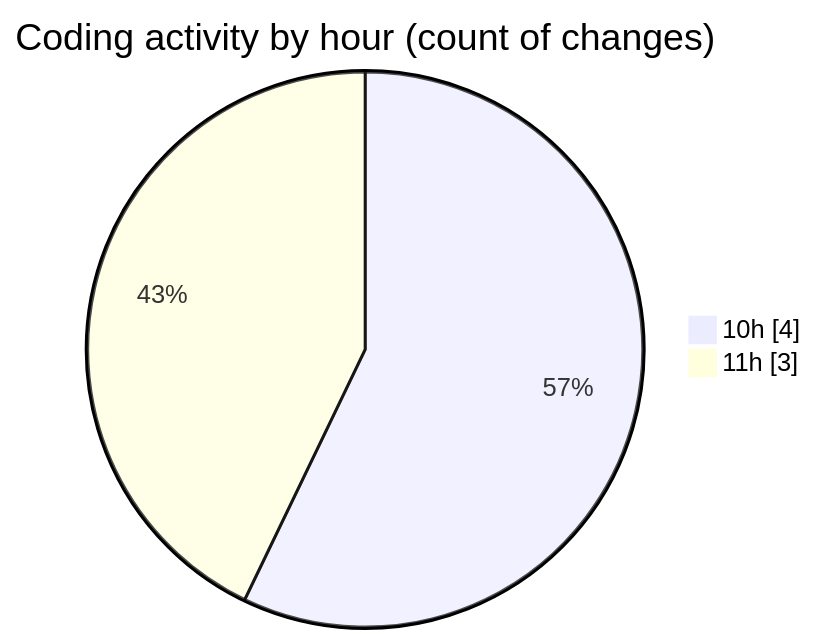
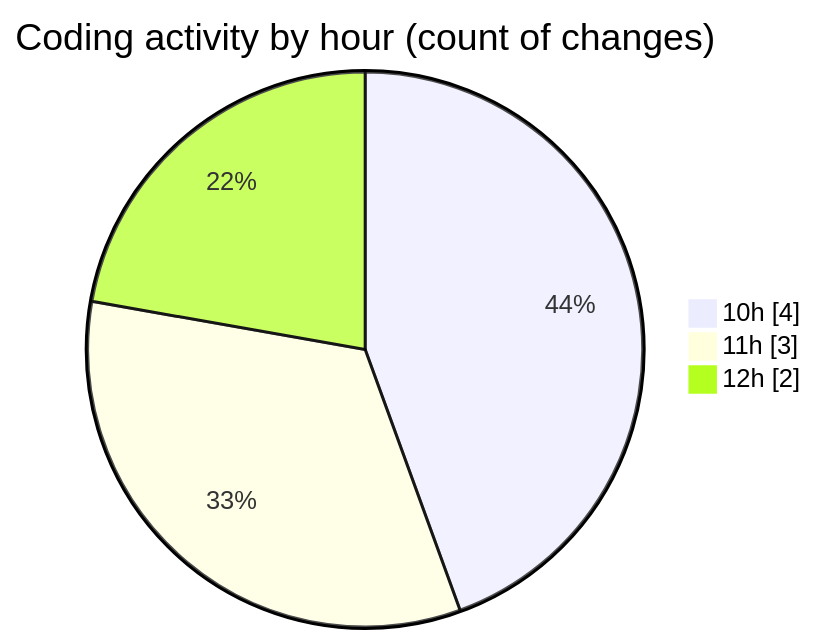
Before and after one commit to nxtqubesakshisongat/code-tracking: the second of 2 diagrams in 2026-08-21/nxtqube_webapp/README.md, drawn with Mermaid. The commit also changed other lines of this file and 1 other file, not shown here.

````diff
--- a/2026-08-21/nxtqube_webapp/README.md
+++ b/2026-08-21/nxtqube_webapp/README.md
@@ -32,6 +34,7 @@
 ```mermaid
 pie showData
 title Coding activity by hour (count of changes)
 "10h" : 4
 "11h" : 3
+"12h" : 2
 ```
````
